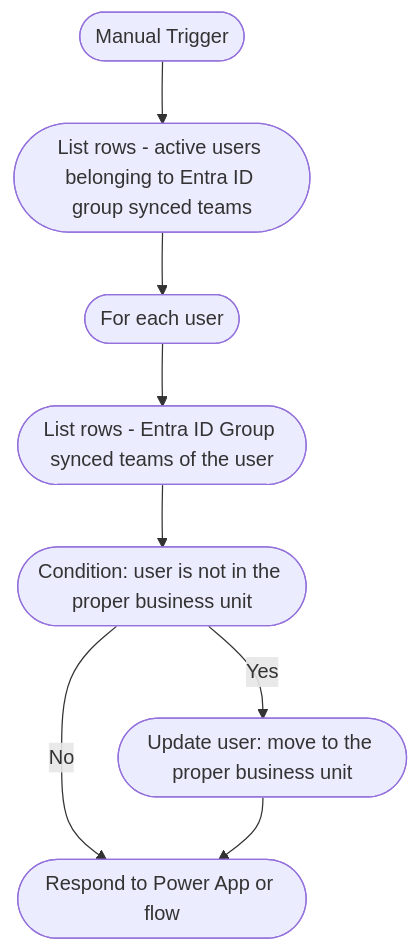
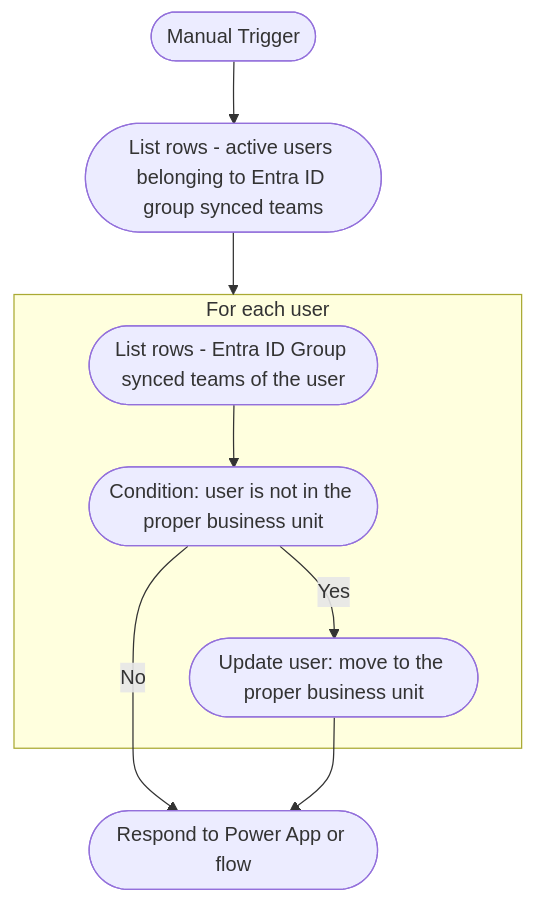
One commit to Lars-Level21/pp-artefacts changed the third of 3 diagrams in ForceSync/readme.md. Above: the diagram before and after it, drawn with Mermaid. The commit also changed other lines of this file, not shown here.

Commit message:
mermaids updated

````diff
--- a/ForceSync/readme.md
+++ b/ForceSync/readme.md
@@ -92,18 +96,18 @@
 ```mermaid
 flowchart TD
     A([Manual Trigger])
     B([List rows - active users belonging to Entra ID group synced teams])
-    C([For each user])
-    D([List rows - Entra ID Group synced teams of the user])
-    E([Condition: user is not in the proper business unit])
-    F([Update user: move to the proper business unit])
+    subgraph ForEachUser [For each user]
+        D([List rows - Entra ID Group synced teams of the user])
+        E([Condition: user is not in the proper business unit])
+        F([Update user: move to the proper business unit])
+    end
     G([Respond to Power App or flow])
 
     A --> B
-    B --> C
-    C --> D
+    B --> ForEachUser
     D --> E
     E -- Yes --> F
     E -- No --> G
     F --> G
 ```
````
